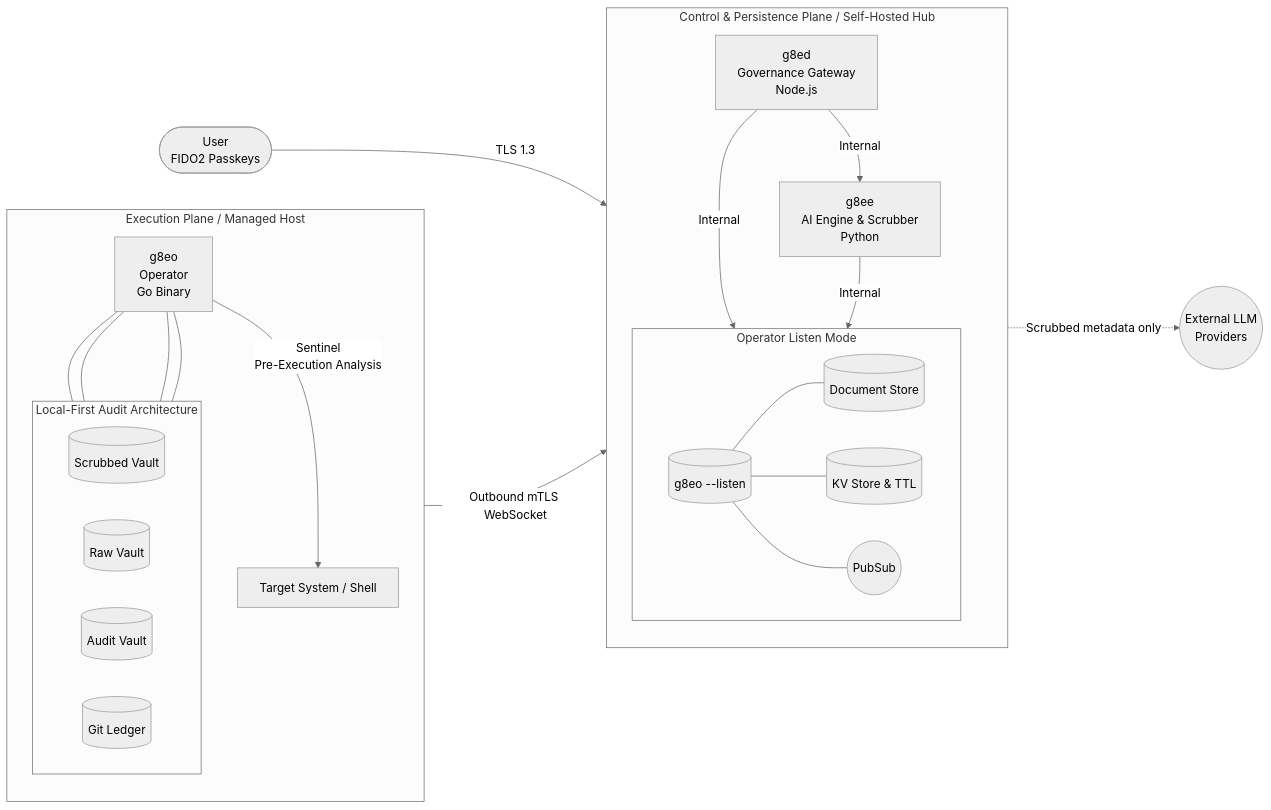
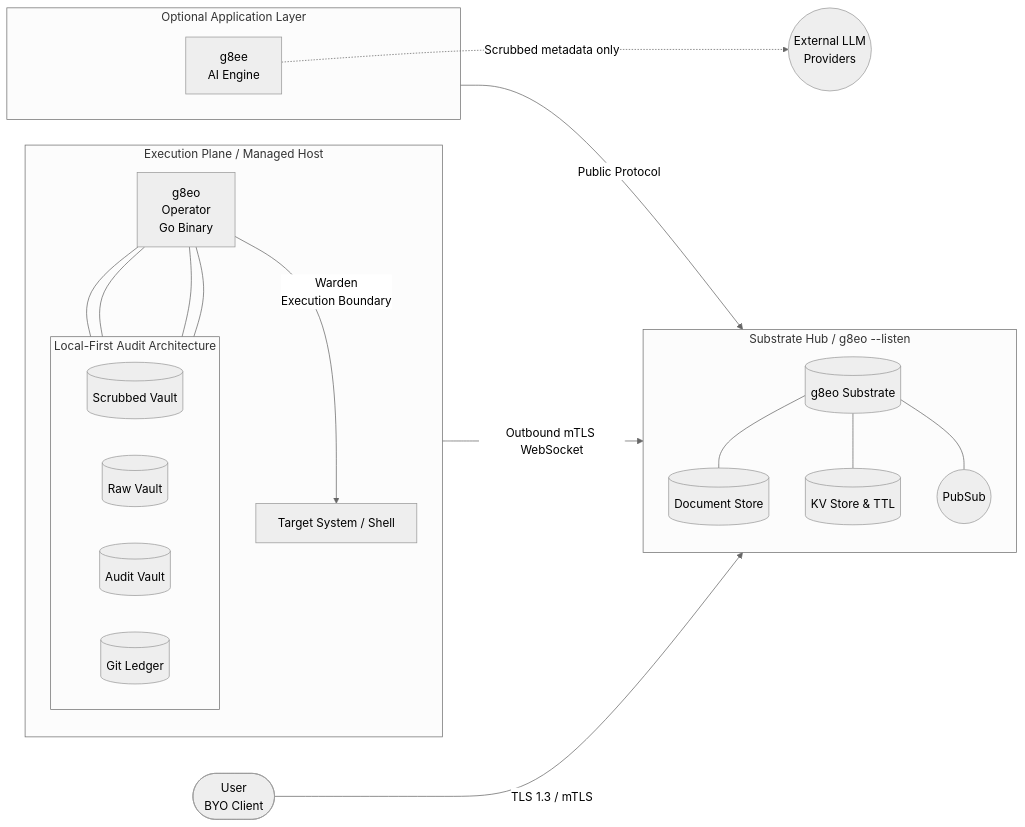
One commit to g8e-ai/g8e changed the second of 2 diagrams in README.md. Above: the diagram before and after it, drawn with Mermaid (neutral theme). The commit also changed other lines of this file and 971 other files, not shown here.

````diff
--- a/README.md
+++ b/README.md
@@ -121,48 +87,43 @@
 ```mermaid
 flowchart LR
-    User([User<br>FIDO2 Passkeys])
+    User([User<br>BYO Client])
 
     subgraph Exec_Plane [Execution Plane / Managed Host]
         direction TB
         g8eo[g8eo<br>Operator<br>Go Binary]
 
         HostOS[Target System / Shell]
-        g8eo -- "Sentinel<br>Pre-Execution Analysis" --> HostOS
+        g8eo -- "Warden<br>Execution Boundary" --> HostOS
 
         subgraph LFAA [Local-First Audit Architecture]
             direction LR
             Scrubbed[(Scrubbed Vault)]
             Raw[(Raw Vault)]
             Audit[(Audit Vault)]
             Ledger[(Git Ledger)]
         end
 
         g8eo --- Scrubbed & Raw & Audit & Ledger
     end
 
-    subgraph Hub [Control & Persistence Plane / Self-Hosted Hub]
+    subgraph Substrate_Hub [Substrate Hub / g8eo --listen]
         direction TB
-        g8ed[g8ed<br>Governance Gateway<br>Node.js]
-        g8ee[g8ee<br>AI Engine & Scrubber<br>Python]
+        Listen[(g8eo Substrate)]
+        DS[(Document Store)]
+        KS[(KV Store & TTL)]
+        PS((PubSub))
 
-        subgraph Operator_Listen [Operator Listen Mode]
-            direction LR
-            Listen[(g8eo --listen)]
-            DS[(Document Store)]
-            KS[(KV Store & TTL)]
-            PS((PubSub))
+        Listen --- DS & KS & PS
+    end
 
-            Listen --- DS & KS & PS
-        end
-
-        g8ed -- "Internal" --> g8ee
-        g8ed -- "Internal" --> Listen
-        g8ee -- "Internal" --> Listen
+    subgraph Optional_Apps [Optional Application Layer]
+        g8ee[g8ee<br>AI Engine]
     end
 
     LLM((External LLM<br>Providers))
 
-    User -- "TLS 1.3" --> g8ed
-    g8eo -- "Outbound mTLS WebSocket" --> g8ed
+    User -- "TLS 1.3 / mTLS" --> Listen
+    g8eo -- "Outbound mTLS WebSocket" --> Listen
+    Optional_Apps -- "Public Protocol" --> Listen
     g8ee -. "Scrubbed metadata only" .-> LLM
 ```
````
